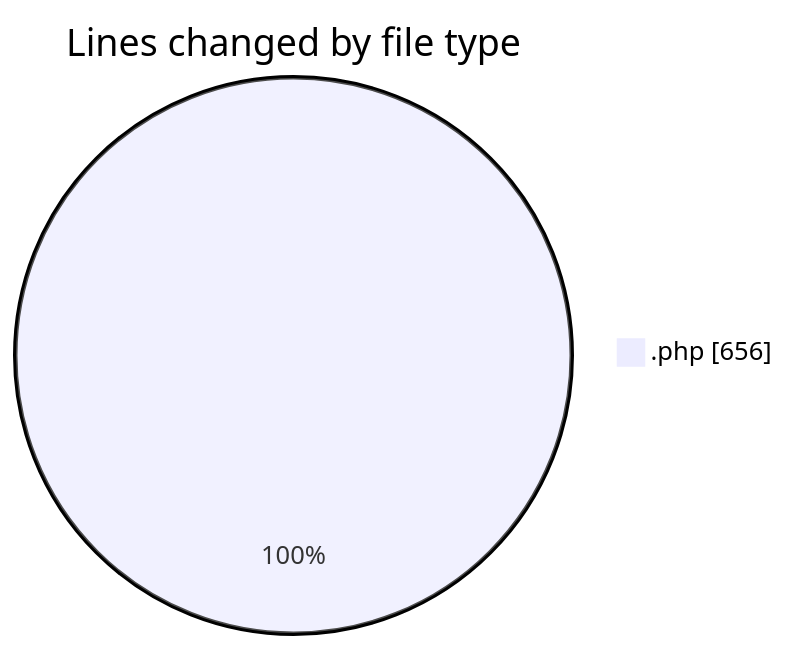
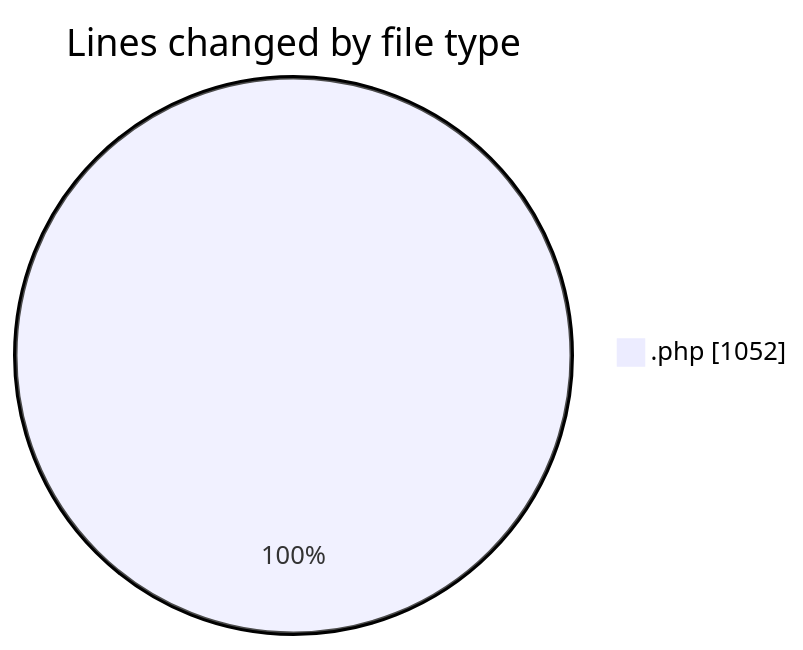
One commit to LanceThiago/code-tracking changed the first of 2 diagrams in 2025-01-22/oficina/README.md. Above: the diagram before and after it, drawn with Mermaid. The commit also changed other lines of this file and 1 other file, not shown here.

````diff
--- a/2025-01-22/oficina/README.md
+++ b/2025-01-22/oficina/README.md
@@ -23,5 +24,5 @@
 ```mermaid
 pie showData
 title Lines changed by file type
-".php" : 656
+".php" : 1052
 ```
````
